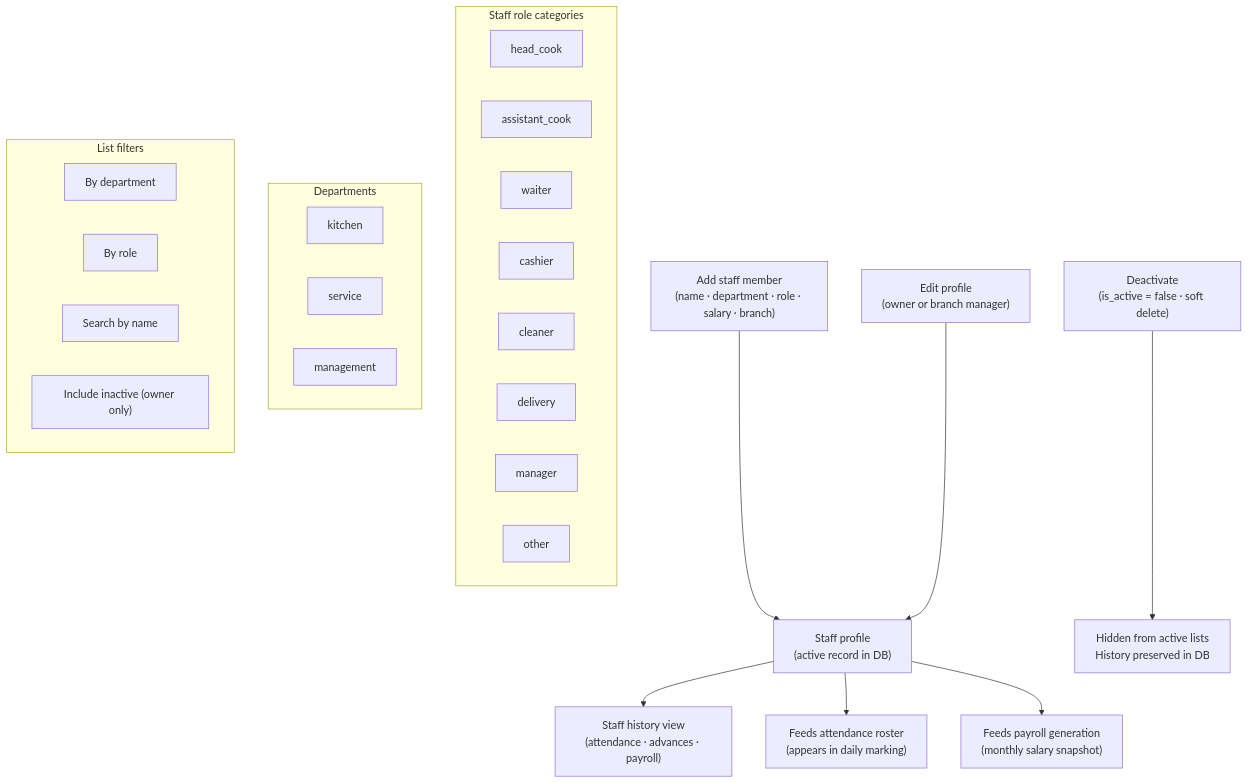
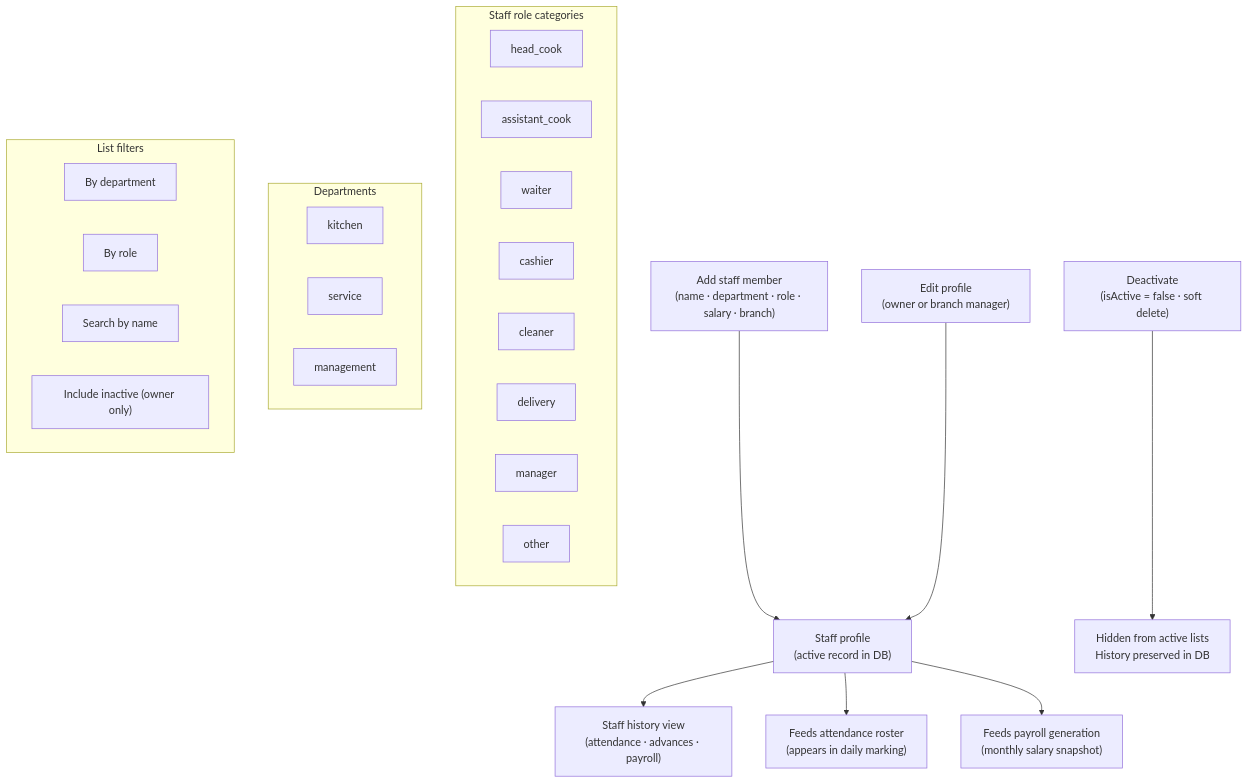
The fourth of 14 diagrams in Documentations/MODULE-MAPS.md (AbhishekS-381/Sree-Vaishnaves-Management), drawn with Mermaid before and after one commit. The commit also changed other lines of this file and 49 other files, not shown here.

````diff
--- a/Documentations/MODULE-MAPS.md
+++ b/Documentations/MODULE-MAPS.md
@@ -188,40 +188,40 @@
 ```mermaid
 flowchart TD
   ADD["Add staff member\n(name · department · role · salary · branch)"]
   PROFILE["Staff profile\n(active record in DB)"]
   EDIT["Edit profile\n(owner or branch manager)"]
-  DEACTIVATE["Deactivate\n(is_active = false · soft delete)"]
+  DEACTIVATE["Deactivate\n(isActive = false · soft delete)"]
   HISTORY["Staff history view\n(attendance · advances · payroll)"]
 
   ADD --> PROFILE
   EDIT --> PROFILE
   PROFILE --> HISTORY
 
   PROFILE --> ATT_FEED["Feeds attendance roster\n(appears in daily marking)"]
   PROFILE --> PAY_FEED["Feeds payroll generation\n(monthly salary snapshot)"]
   DEACTIVATE --> HIDDEN["Hidden from active lists\nHistory preserved in DB"]
 
   subgraph ROLES["Staff role categories"]
     R1["head_cook"]
     R2["assistant_cook"]
     R3["waiter"]
     R4["cashier"]
     R5["cleaner"]
     R6["delivery"]
     R7["manager"]
     R8["other"]
   end
 
   subgraph DEPARTMENTS["Departments"]
     SH1["kitchen"]
     SH2["service"]
     SH3["management"]
   end
 
   subgraph FILTERS["List filters"]
     F1["By department"]
     F2["By role"]
     F3["Search by name"]
     F4["Include inactive (owner only)"]
   end
 ```
````
